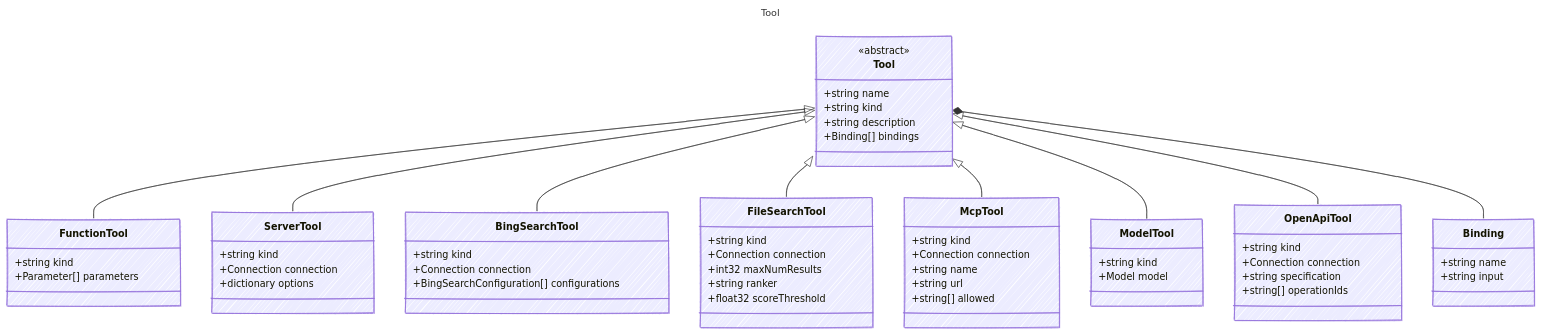
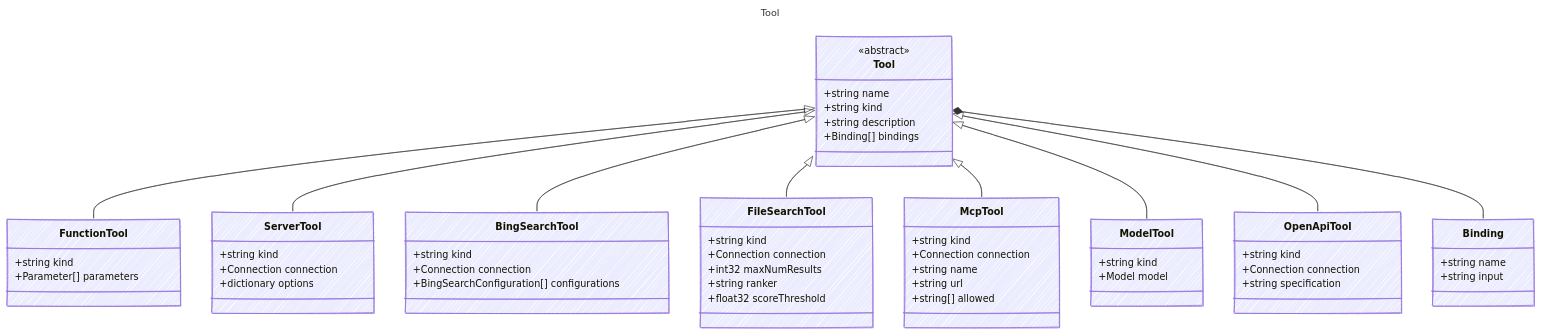
Before and after one commit to microsoft/prompty: the diagram in specification/prompty/docs/Tool.md, drawn with Mermaid. The commit also changed 53 other files, not shown here.

````diff
--- a/specification/prompty/docs/Tool.md
+++ b/specification/prompty/docs/Tool.md
@@ -7,68 +7,67 @@
 ```mermaid
 ---
 title: Tool
 config:
   look: handDrawn
   theme: colorful
   class:
     hideEmptyMembersBox: true
 ---
 classDiagram
     class Tool {
       <<abstract>>
         +string name
         +string kind
         +string description
         +Binding[] bindings
     }
     class FunctionTool {
         +string kind
         +Parameter[] parameters
     }
     Tool <|-- FunctionTool
     class ServerTool {
         +string kind
         +Connection connection
         +dictionary options
     }
     Tool <|-- ServerTool
     class BingSearchTool {
         +string kind
         +Connection connection
         +BingSearchConfiguration[] configurations
     }
     Tool <|-- BingSearchTool
     class FileSearchTool {
         +string kind
         +Connection connection
         +int32 maxNumResults
         +string ranker
         +float32 scoreThreshold
     }
     Tool <|-- FileSearchTool
     class McpTool {
         +string kind
         +Connection connection
         +string name
         +string url
         +string[] allowed
     }
     Tool <|-- McpTool
     class ModelTool {
         +string kind
         +Model model
     }
     Tool <|-- ModelTool
     class OpenApiTool {
         +string kind
         +Connection connection
         +string specification
-        +string[] operationIds
     }
     Tool <|-- OpenApiTool
     class Binding {
         +string name
         +string input
     }
     Tool *-- Binding
 ```
````
